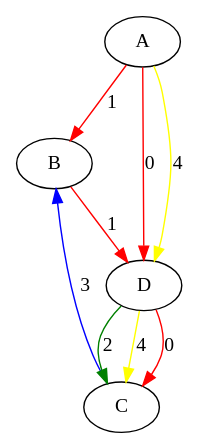
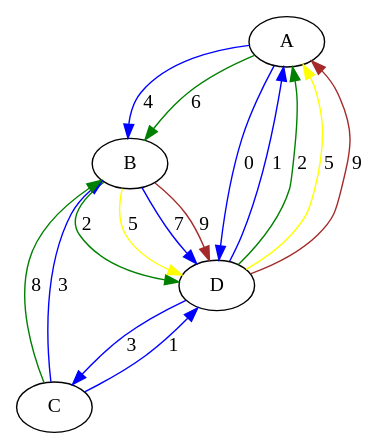
One commit to Hebbe1234/ExpectAll changed the diagram in src/assignedGraphs/assigned.dot. Above: the diagram before and after it, drawn with Graphviz. The commit also changed 3 other files, not shown here.

```diff
--- a/src/assignedGraphs/assigned.dot
+++ b/src/assignedGraphs/assigned.dot
@@ -1,14 +1,21 @@
 digraph "G" {
 A;
 B;
 C;
 D;
-A -> D  [color=red, key=0, label=0];
-A -> D  [color=yellow, key=1, label=4];
-A -> B  [color=red, key=0, label=1];
-B -> D  [color=red, key=0, label=1];
+A -> D  [color=blue, key=0, label=0];
+A -> B  [color=blue, key=0, label=4];
+A -> B  [color=green, key=1, label=6];
+B -> D  [color=green, key=0, label=2];
+B -> D  [color=yellow, key=1, label=5];
+B -> D  [color=blue, key=2, label=7];
+B -> D  [color=brown, key=3, label=9];
+C -> D  [color=blue, key=0, label=1];
 C -> B  [color=blue, key=0, label=3];
-D -> C  [color=red, key=0, label=0];
-D -> C  [color=green, key=1, label=2];
-D -> C  [color=yellow, key=2, label=4];
+C -> B  [color=green, key=1, label=8];
+D -> A  [color=blue, key=0, label=1];
+D -> A  [color=green, key=1, label=2];
+D -> A  [color=yellow, key=2, label=5];
+D -> A  [color=brown, key=3, label=9];
+D -> C  [color=blue, key=0, label=3];
 }
```
